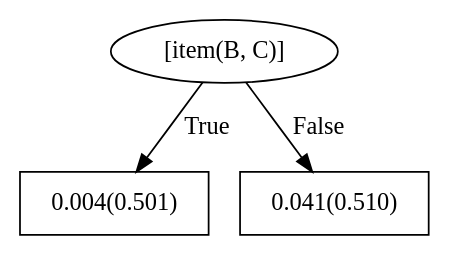
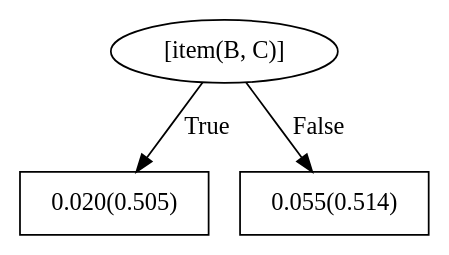
The diagram in boosted_bandit/trial2/train/models/bRDNs/dotFiles/WILLTreeFor_recommendation18.dot (vnagpal25/BEACON), drawn with Graphviz before and after one commit. The commit also changed 255 other files, not shown here.

```diff
--- a/boosted_bandit/trial2/train/models/bRDNs/dotFiles/WILLTreeFor_recommendation18.dot
+++ b/boosted_bandit/trial2/train/models/bRDNs/dotFiles/WILLTreeFor_recommendation18.dot
@@ -1,7 +1,7 @@
 digraph G{ 
 1[label = "[item(B, C)]"];
 1 -> 2[label="True"];
 1 -> 3[label="False"];
-2[shape = box,label = "0.004(0.501)"];
-3[shape = box,label = "0.041(0.510)"];
+2[shape = box,label = "0.020(0.505)"];
+3[shape = box,label = "0.055(0.514)"];
 }
```
